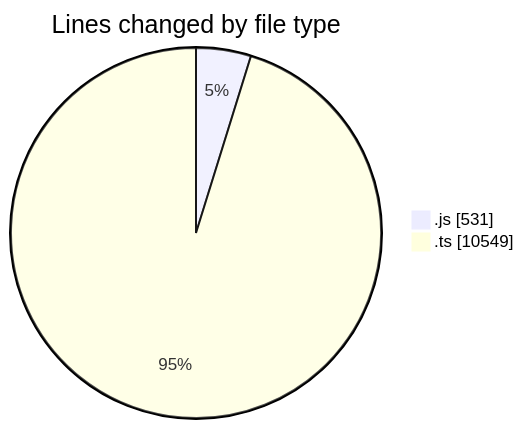
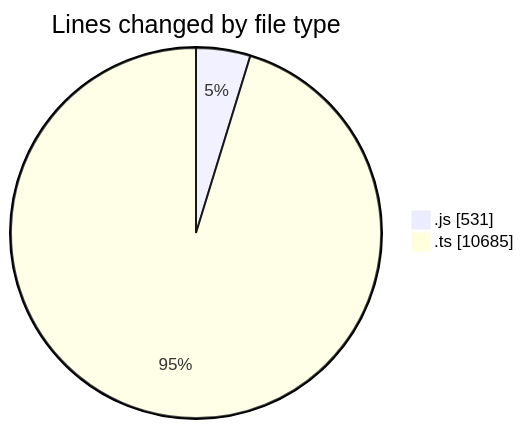
Before and after one commit to momahboobian/code-tracking: the first of 2 diagrams in 2025-05-29/cda/README.md, drawn with Mermaid. The commit also changed other lines of this file and 1 other file, not shown here.

````diff
--- a/2025-05-29/cda/README.md
+++ b/2025-05-29/cda/README.md
@@ -23,6 +23,6 @@
 ```mermaid
 pie showData
 title Lines changed by file type
 ".js" : 531
-".ts" : 10549
+".ts" : 10685
 ```
````
